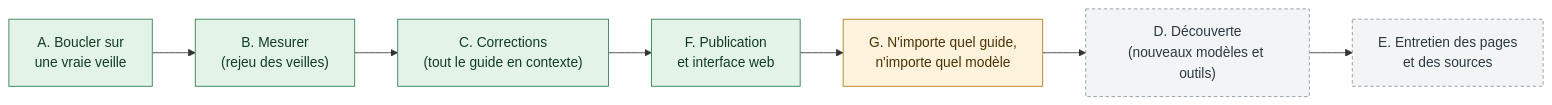
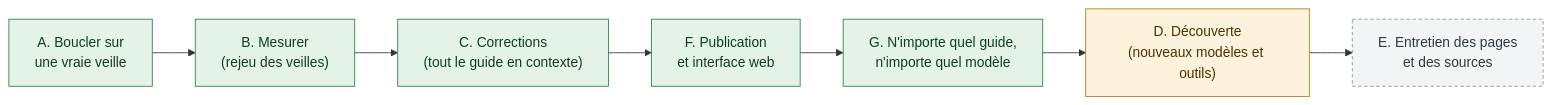
One commit to DamienBecherini/vault-watch-agent changed the fifth of 5 diagrams in docs/presentation.fr.md. Above: the diagram before and after it, drawn with Mermaid. The commit also changed other lines of this file and 27 other files, not shown here.

````diff
--- a/docs/presentation.fr.md
+++ b/docs/presentation.fr.md
@@ -160,12 +173,12 @@
 ```mermaid
 flowchart LR
   A["A. Boucler sur<br/>une vraie veille"]:::done --> B["B. Mesurer<br/>(rejeu des veilles)"]:::done
   B --> C["C. Corrections<br/>(tout le guide en contexte)"]:::done
   C --> F["F. Publication<br/>et interface web"]:::done
-  F --> G["G. N'importe quel guide,<br/>n'importe quel modèle"]:::now
-  G --> D["D. Découverte<br/>(nouveaux modèles et outils)"]:::next
+  F --> G["G. N'importe quel guide,<br/>n'importe quel modèle"]:::done
+  G --> D["D. Découverte<br/>(nouveaux modèles et outils)"]:::now
   D --> E["E. Entretien des pages<br/>et des sources"]:::next
   classDef done fill:#e3f3e8,stroke:#2f7d4f,color:#123d22
   classDef now fill:#fdf3dc,stroke:#b07a12,color:#4a3305
   classDef next fill:#f3f4f6,stroke:#8a96a0,color:#2b3a42,stroke-dasharray:4 3
 ```
````
